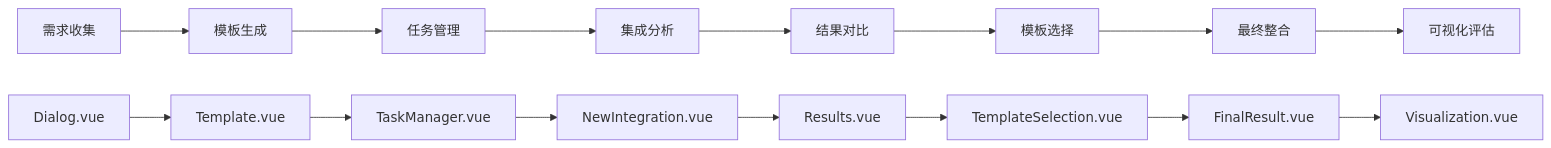
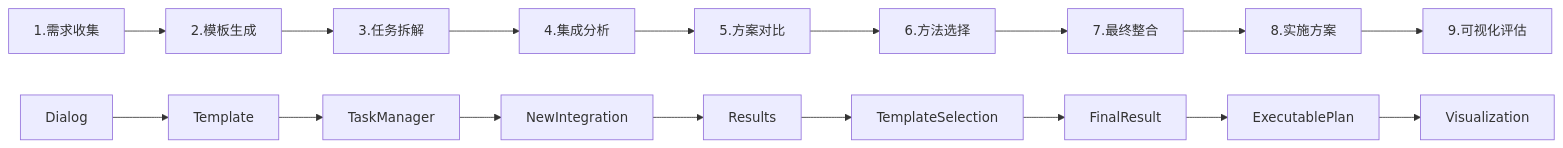
Before and after one commit to openKG-field/Yuanchuang_Platform: the diagram in README.md, drawn with Mermaid. The commit also changed other lines of this file, not shown here.

````diff
--- a/README.md
+++ b/README.md
@@ -31,18 +43,20 @@
 ```mermaid
 graph LR
-    A[需求收集] --> B[模板生成]
-    B --> C[任务管理]
-    C --> D[集成分析]
-    D --> E[结果对比]
-    E --> F[模板选择]
-    F --> G[最终整合]
-    G --> H[可视化评估]
+    A[1.需求收集] --> B[2.模板生成]
+    B --> C[3.任务拆解]
+    C --> D[4.集成分析]
+    D --> E[5.方案对比]
+    E --> F[6.方法选择]
+    F --> G[7.最终整合]
+    G --> H[8.实施方案]
+    H --> I[9.可视化评估]
     
-    A1[Dialog.vue] --> B1[Template.vue]
-    B1 --> C1[TaskManager.vue]
-    C1 --> D1[NewIntegration.vue]
-    D1 --> E1[Results.vue]
-    E1 --> F1[TemplateSelection.vue]
-    F1 --> G1[FinalResult.vue]
-    G1 --> H1[Visualization.vue]
+    A1[Dialog] --> B1[Template]
+    B1 --> C1[TaskManager]
+    C1 --> D1[NewIntegration]
+    D1 --> E1[Results]
+    E1 --> F1[TemplateSelection]
+    F1 --> G1[FinalResult]
+    G1 --> H1[ExecutablePlan]
+    H1 --> I1[Visualization]
 ```
````
